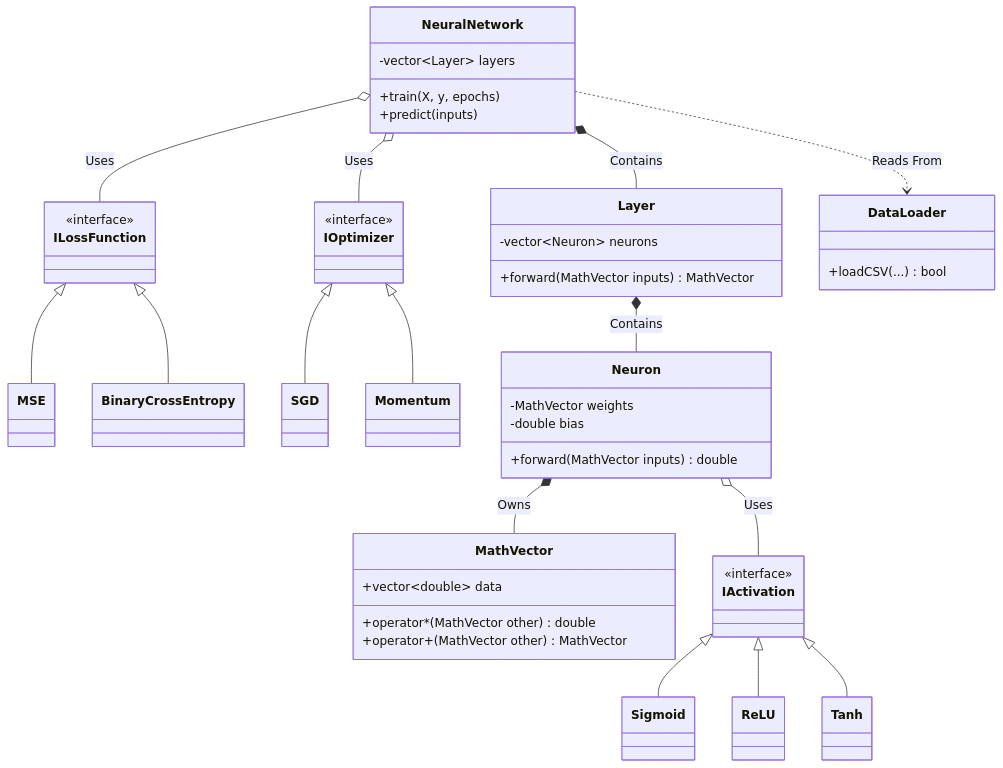
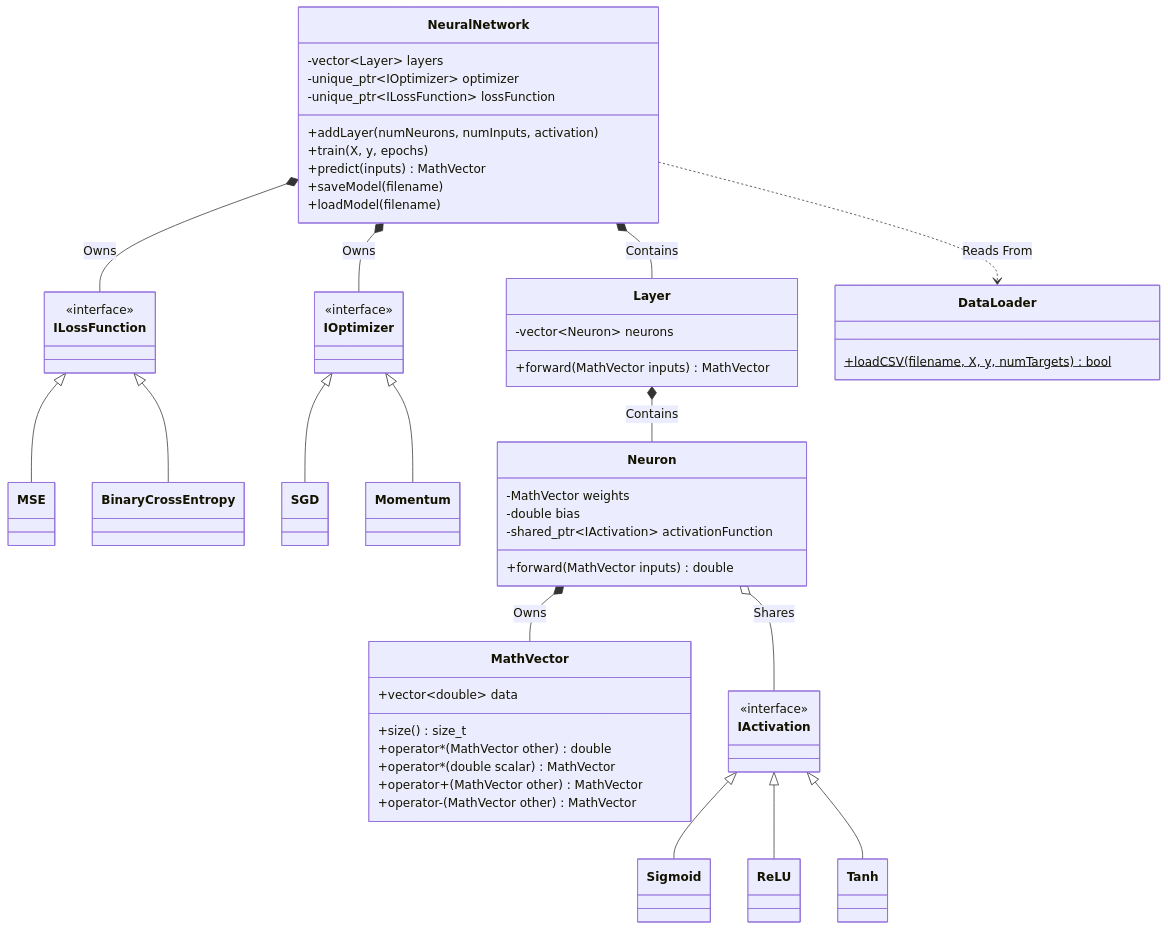
Before and after one commit to nomulabhargavachaitanya-gif/Mini_ANN-CPP: the diagram in README.md, drawn with Mermaid. The commit also changed other lines of this file and 25 other files, not shown here.

````diff
--- a/README.md
+++ b/README.md
@@ -9,54 +8,63 @@
 ```mermaid
 classDiagram
     %% Core Math Data Structure
     class MathVector {
         +vector~double~ data
+        +size() size_t
         +operator*(MathVector other) double
+        +operator*(double scalar) MathVector
         +operator+(MathVector other) MathVector
+        +operator-(MathVector other) MathVector
     }
 
     %% Interfaces (Polymorphism)
     class IActivation { <<interface>> }
     class ILossFunction { <<interface>> }
     class IOptimizer { <<interface>> }
 
     %% Concrete Implementations
     IActivation <|-- Sigmoid
     IActivation <|-- ReLU
     IActivation <|-- Tanh
     ILossFunction <|-- MSE
     ILossFunction <|-- BinaryCrossEntropy
     IOptimizer <|-- SGD
     IOptimizer <|-- Momentum
 
     %% Network Topology
     class Neuron {
         -MathVector weights
         -double bias
+        -shared_ptr~IActivation~ activationFunction
         +forward(MathVector inputs) double
     }
 
     class Layer {
         -vector~Neuron~ neurons
         +forward(MathVector inputs) MathVector
     }
 
     class NeuralNetwork {
         -vector~Layer~ layers
+        -unique_ptr~IOptimizer~ optimizer
+        -unique_ptr~ILossFunction~ lossFunction
+        +addLayer(numNeurons, numInputs, activation)
         +train(X, y, epochs)
-        +predict(inputs)
+        +predict(inputs) MathVector
+        +saveModel(filename)
+        +loadModel(filename)
     }
 
     class DataLoader {
-        +loadCSV(...) bool
+        +loadCSV(filename, X, y, numTargets)$ bool
     }
 
     %% Relationships
     Neuron *-- MathVector : Owns
-    Neuron o-- IActivation : Uses
+    Neuron o-- IActivation : Shares
     Layer *-- Neuron : Contains
     NeuralNetwork *-- Layer : Contains
-    NeuralNetwork o-- IOptimizer : Uses
-    NeuralNetwork o-- ILossFunction : Uses
+    NeuralNetwork *-- IOptimizer : Owns
+    NeuralNetwork *-- ILossFunction : Owns
     NeuralNetwork ..> DataLoader : Reads From
 ```
````
